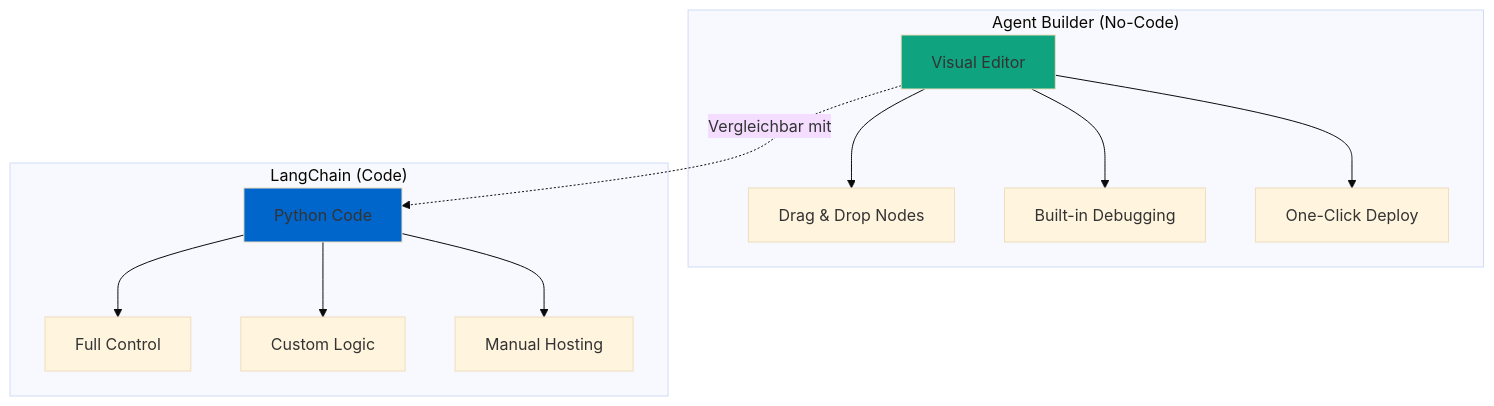
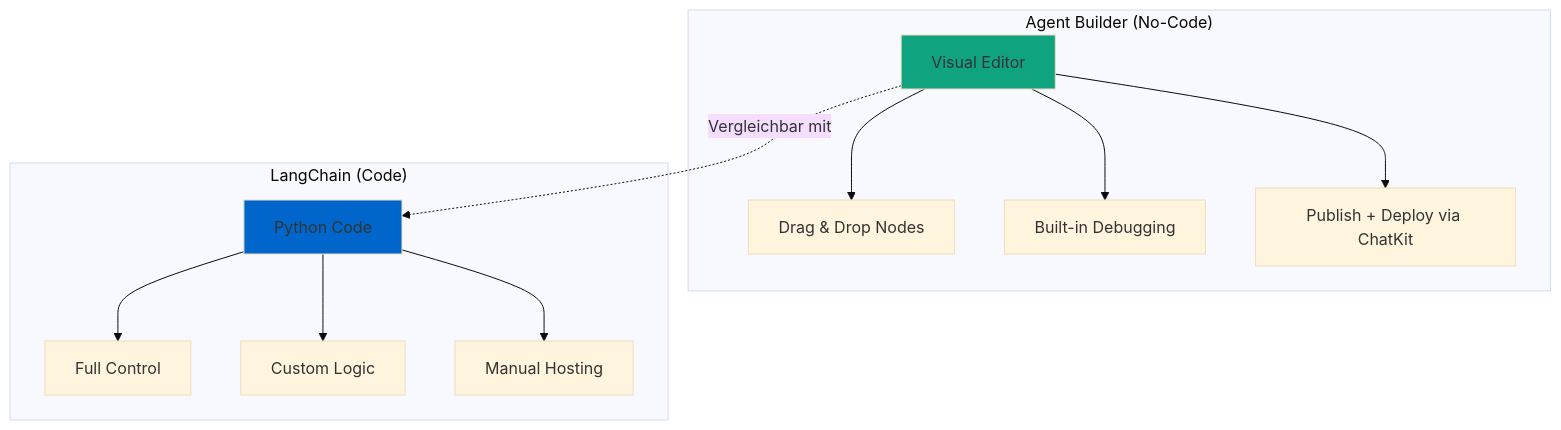
Before and after one commit to ralf-42/GenAI: the second of 22 diagrams in docs/frameworks/einsteiger/einsteiger-agent-builder.md, drawn with Mermaid (base theme). The commit also changed other lines of this file and 3 other files, not shown here.

````diff
--- a/docs/frameworks/einsteiger/einsteiger-agent-builder.md
+++ b/docs/frameworks/einsteiger/einsteiger-agent-builder.md
@@ -66,19 +66,19 @@
 ```mermaid
 graph TB
     subgraph "Agent Builder (No-Code)"
         AB[Visual Editor] --> AB1[Drag & Drop Nodes]
         AB --> AB2[Built-in Debugging]
-        AB --> AB3[One-Click Deploy]
+        AB --> AB3[Publish + Deploy via ChatKit]
     end
 
     subgraph "LangChain (Code)"
         LC[Python Code] --> LC1[Full Control]
         LC --> LC2[Custom Logic]
         LC --> LC3[Manual Hosting]
     end
 
     AB -.Vergleichbar mit.-> LC
 
     style AB fill:#10a37f
     style LC fill:#0066cc
 ```
````
